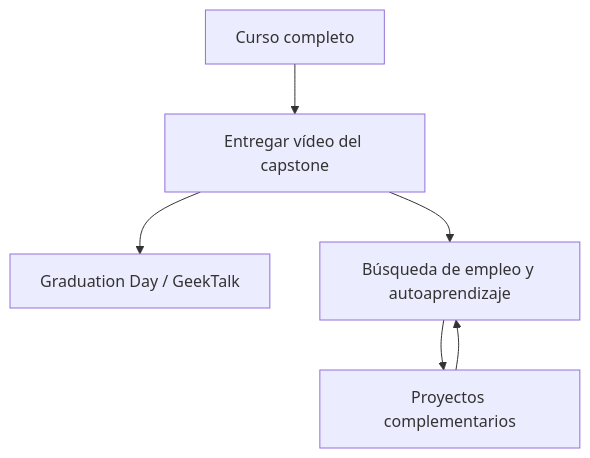
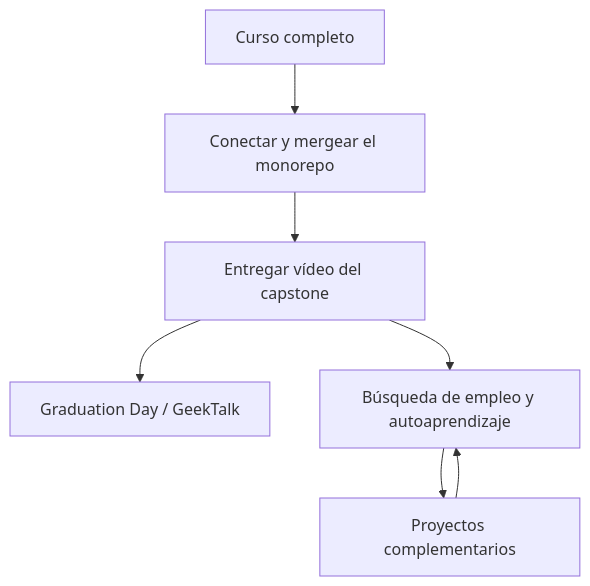
One commit to 4GeeksAcademy/ai-engineering-syllabus changed the diagram in content/lessons/you-have-finished-your-course-now-what/you-have-finished-your-course-now-what.es.md. Above: the diagram before and after it, drawn with Mermaid. The commit also changed other lines of this file and 1 other file, not shown here.

Commit message:
Reminder of finishing PRs and completeness in monorepo + Emphasize to make the video with the own voice

````diff
--- a/content/lessons/you-have-finished-your-course-now-what/you-have-finished-your-course-now-what.es.md
+++ b/content/lessons/you-have-finished-your-course-now-what/you-have-finished-your-course-now-what.es.md
@@ -20,13 +20,15 @@
 ```mermaid
 flowchart TD
   done[Curso completo]
+  connect[Conectar y mergear el monorepo]
   video[Entregar vídeo del capstone]
   grad[Graduation Day / GeekTalk]
   search[Búsqueda de empleo y autoaprendizaje]
   extra[Proyectos complementarios]
-  done --> video
+  done --> connect
+  connect --> video
   video --> grad
   video --> search
   search --> extra
   extra --> search
 ```
````
